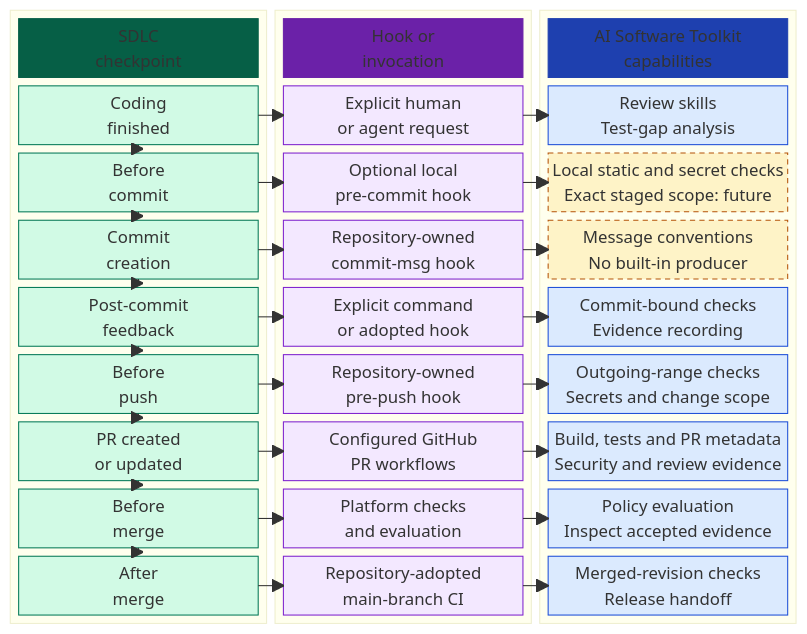
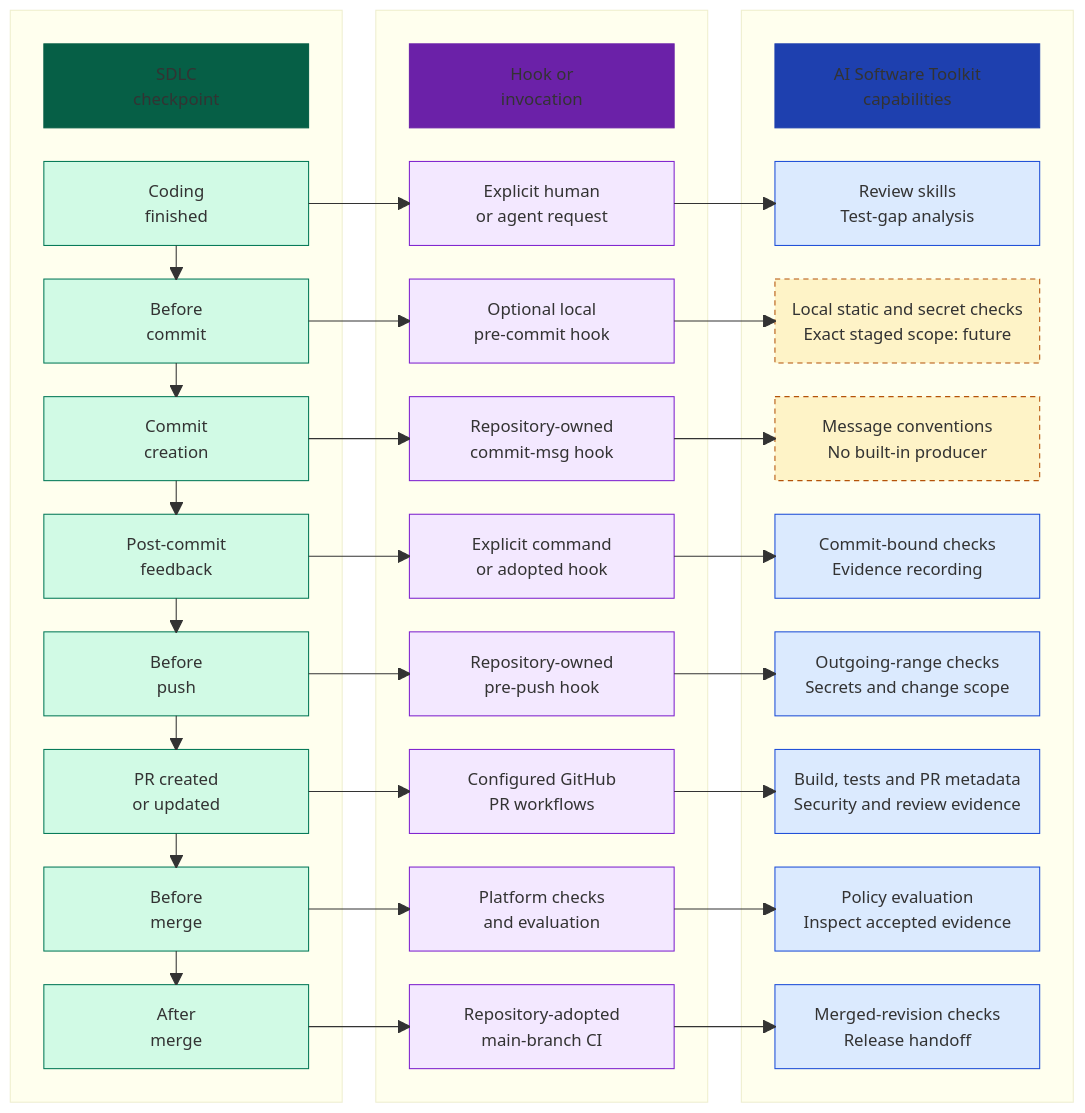
The first of 3 diagrams in README.md (actions-marketplace-validations/ravisingh11_ai-software-toolkit), drawn with Mermaid before and after one commit.

Commit message:
Give SDLC progression arrows more breathing room (#162)
docs: give SDLC progression arrows more space

````diff
--- a/README.md
+++ b/README.md
@@ -59,4 +59,5 @@
 ```mermaid
+%%{init: {"block": {"padding": 32}}}%%
 block-beta
   columns 3
 
````
